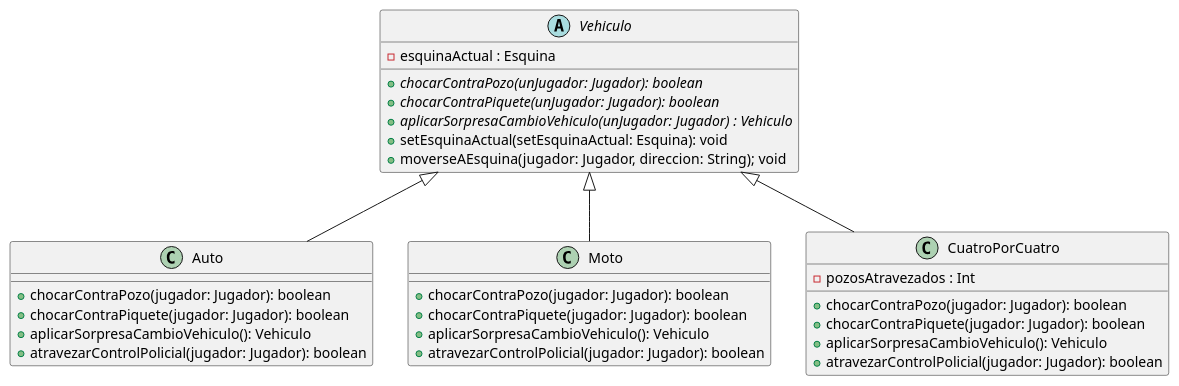
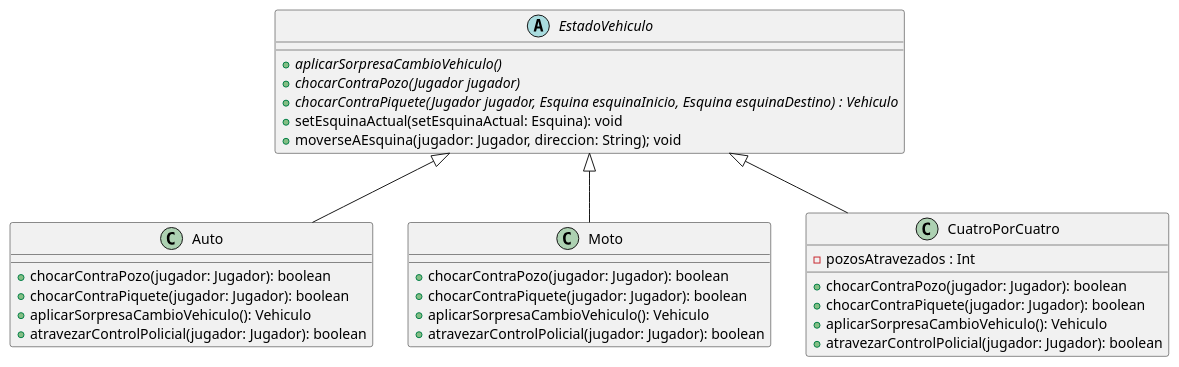
One commit to TP2Algo3FIUBA/tp2 changed the diagram in diagrams/classes/vehiculo.plantuml. Above: the diagram before and after it, drawn with PlantUML. The commit also changed 5 other files, not shown here.

Commit message:
Actualizacion diagrama secuencia UML

```diff
--- a/diagrams/classes/vehiculo.plantuml
+++ b/diagrams/classes/vehiculo.plantuml
@@ -1,41 +1,40 @@
 @startuml
 
-    abstract class Vehiculo {
-        - esquinaActual : Esquina
+    abstract class EstadoVehiculo {
 
-        + {abstract} chocarContraPozo(unJugador: Jugador): boolean
-        + {abstract} chocarContraPiquete(unJugador: Jugador): boolean
-        + {abstract} aplicarSorpresaCambioVehiculo(unJugador: Jugador) : Vehiculo
+        + {abstract} aplicarSorpresaCambioVehiculo()
+        + {abstract} chocarContraPozo(Jugador jugador)
+        + {abstract} chocarContraPiquete(Jugador jugador, Esquina esquinaInicio, Esquina esquinaDestino) : Vehiculo
         + setEsquinaActual(setEsquinaActual: Esquina): void
         + moverseAEsquina(jugador: Jugador, direccion: String); void
     }
 
     class Auto {
         + chocarContraPozo(jugador: Jugador): boolean
         + chocarContraPiquete(jugador: Jugador): boolean
         + aplicarSorpresaCambioVehiculo(): Vehiculo
         + atravezarControlPolicial(jugador: Jugador): boolean
     }
 
     class Moto {
         + chocarContraPozo(jugador: Jugador): boolean
         + chocarContraPiquete(jugador: Jugador): boolean
         + aplicarSorpresaCambioVehiculo(): Vehiculo
         + atravezarControlPolicial(jugador: Jugador): boolean
     }
 
 
 
     class CuatroPorCuatro {
         - pozosAtravezados : Int
         + chocarContraPozo(jugador: Jugador): boolean
         + chocarContraPiquete(jugador: Jugador): boolean
         + aplicarSorpresaCambioVehiculo(): Vehiculo
         + atravezarControlPolicial(jugador: Jugador): boolean
     }
 
-   Vehiculo <|-- Auto
-   Vehiculo <|-- Moto
-   Vehiculo <|-- CuatroPorCuatro
+   EstadoVehiculo <|-- Auto
+   EstadoVehiculo <|-- Moto
+   EstadoVehiculo <|-- CuatroPorCuatro
 
 @enduml
```
